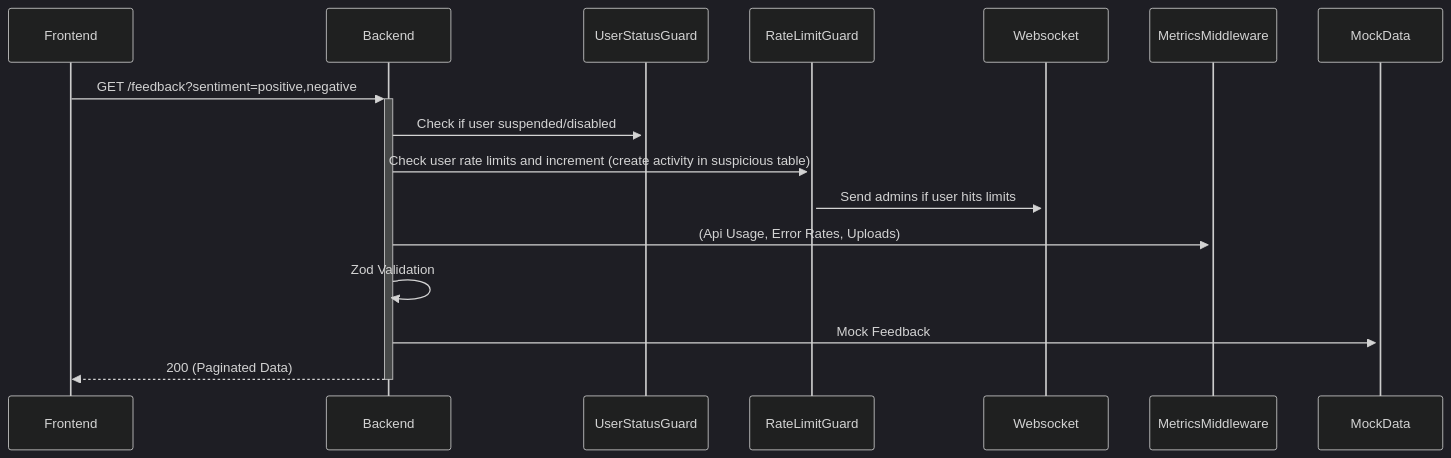
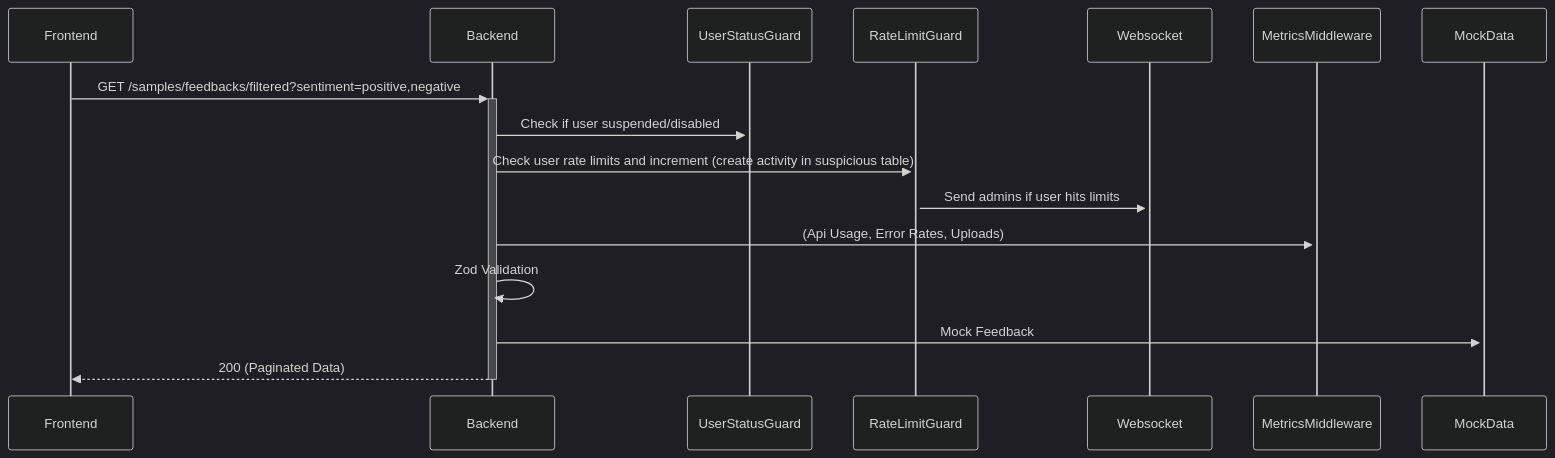
Before and after one commit to Xayrulloh/Feedback-Sentiment: diagram 25 of 33 in README.md, drawn with Mermaid (dark theme). The commit also changed other lines of this file, not shown here.

````diff
--- a/README.md
+++ b/README.md
@@ -496,11 +560,11 @@
 ```mermaid
 sequenceDiagram
-    Frontend->>+Backend: GET /feedback?sentiment=positive,negative
+    Frontend->>+Backend: GET /samples/feedbacks/filtered?sentiment=positive,negative
     Backend->>+UserStatusGuard: Check if user suspended/disabled
     Backend->>+RateLimitGuard: Check user rate limits and increment (create activity in suspicious table)
     RateLimitGuard->>+Websocket: Send admins if user hits limits
     Backend->>+MetricsMiddleware: (Api Usage, Error Rates, Uploads)
     Backend->>Backend: Zod Validation
     Backend->>+MockData: Mock Feedback
     Backend-->>-Frontend: 200 (Paginated Data)
 ```
````
